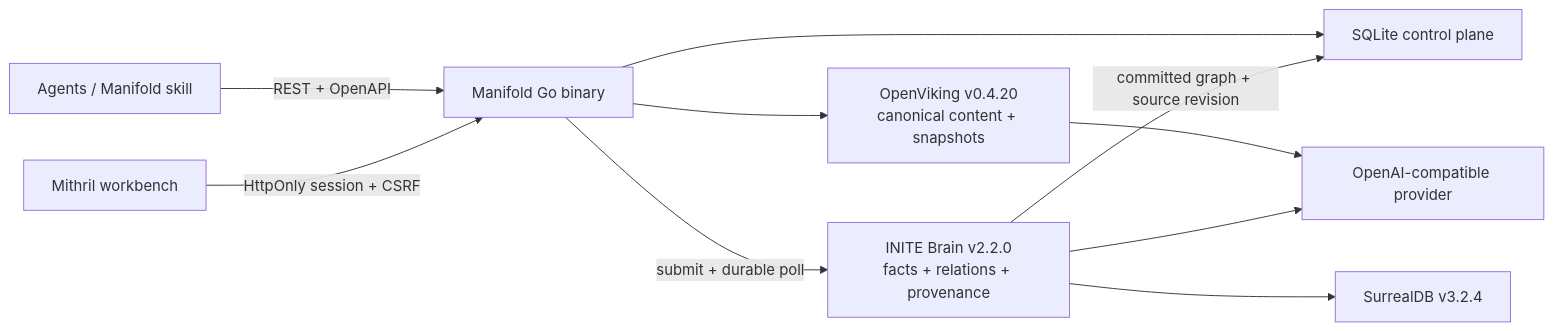
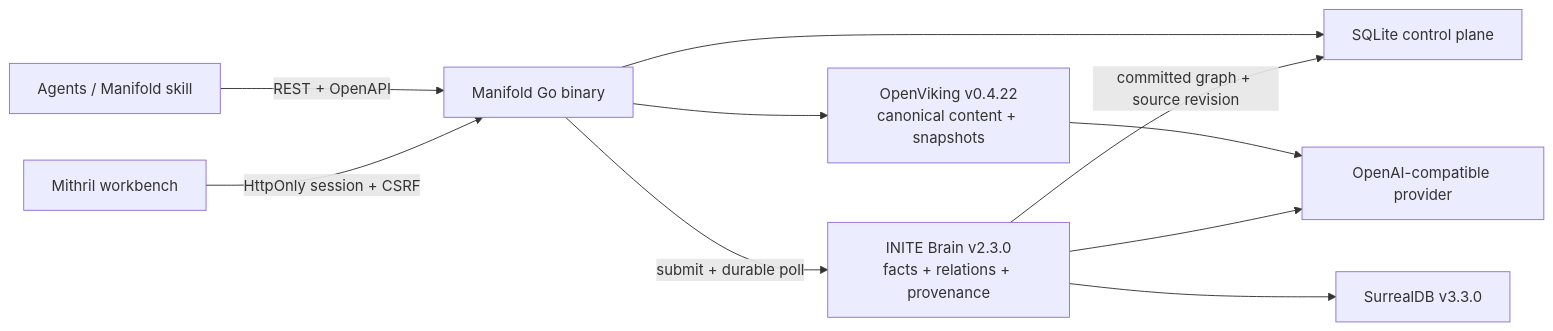
Before and after one commit to iamwavecut/Manifold: the diagram in README.md, drawn with Mermaid. The commit also changed other lines of this file and 10 other files, not shown here.

First line of the commit message:
feat: update OpenViking, SurrealDB and base images

````diff
--- a/README.md
+++ b/README.md
@@ -129,12 +129,12 @@
 ```mermaid
 flowchart LR
     Agent["Agents / Manifold skill"] -->|"REST + OpenAPI"| API["Manifold Go binary"]
     Browser["Mithril workbench"] -->|"HttpOnly session + CSRF"| API
     API --> SQLite["SQLite control plane"]
-    API --> OV["OpenViking v0.4.20\ncanonical content + snapshots"]
-    API -->|"submit + durable poll"| Brain["INITE Brain v2.2.0\nfacts + relations + provenance"]
-    Brain --> Surreal["SurrealDB v3.2.4"]
+    API --> OV["OpenViking v0.4.22\ncanonical content + snapshots"]
+    API -->|"submit + durable poll"| Brain["INITE Brain v2.3.0\nfacts + relations + provenance"]
+    Brain --> Surreal["SurrealDB v3.3.0"]
     Brain -->|"committed graph + source revision"| SQLite
     OV --> Provider["OpenAI-compatible provider"]
     Brain --> Provider
 ```
````
